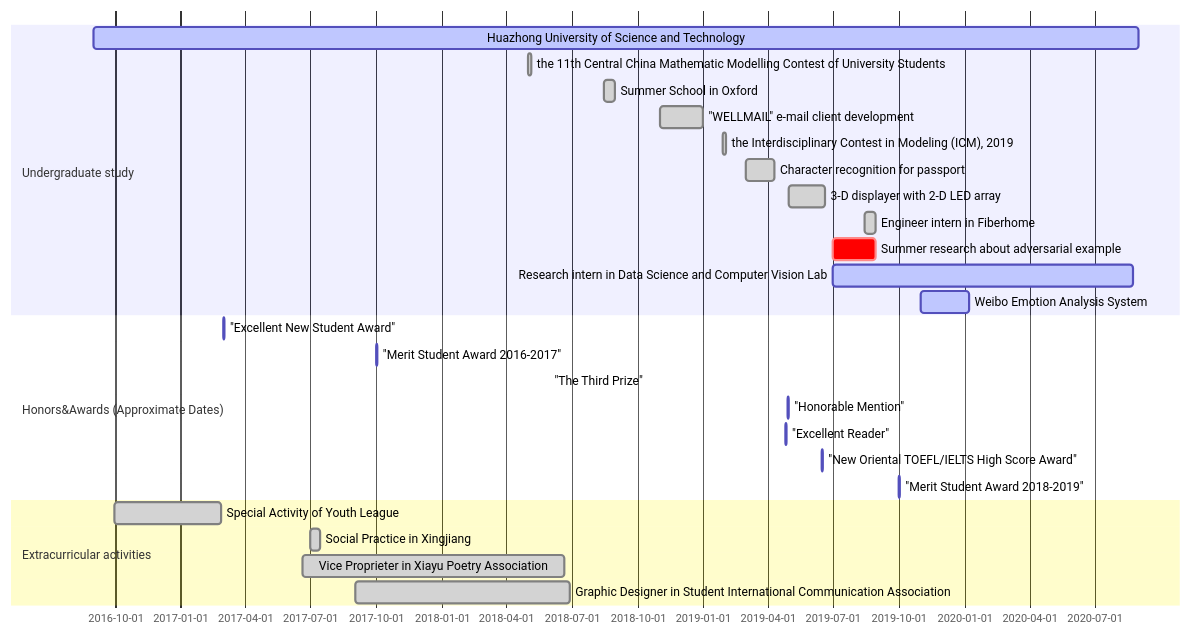
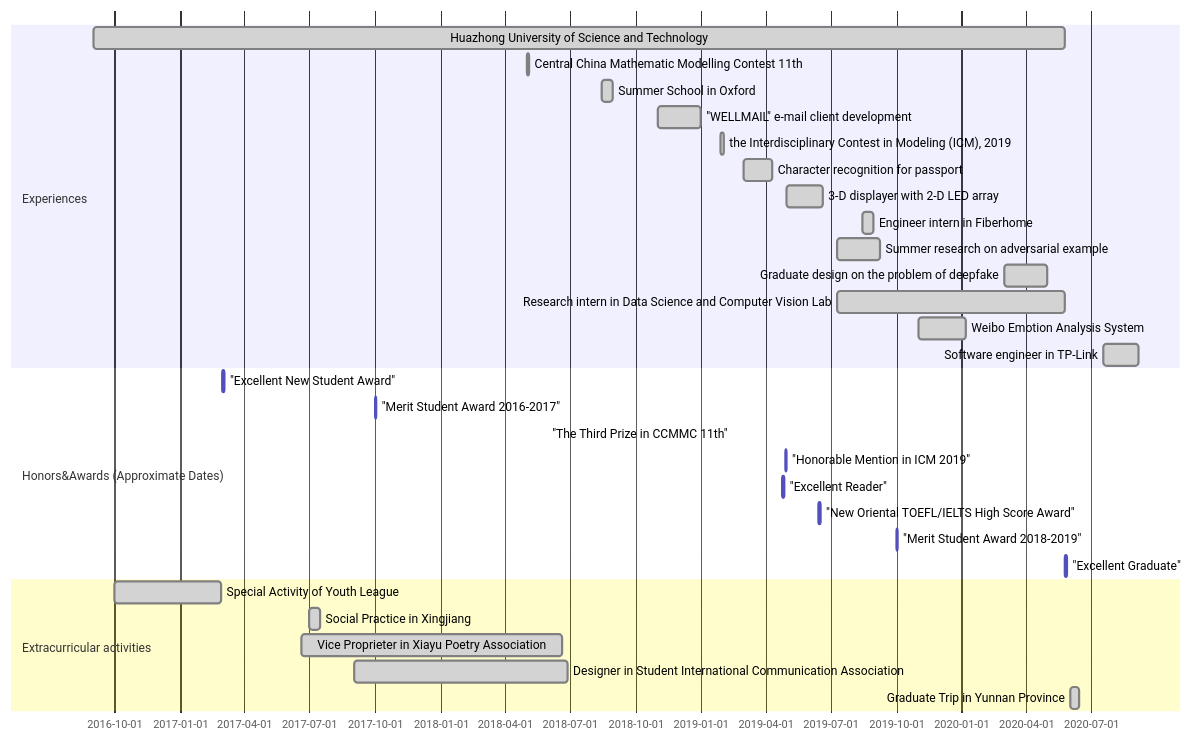
One commit to Greenere/Greenere.github.io changed the diagram in timeline.md. Above: the diagram before and after it, drawn with Mermaid. The commit also changed other lines of this file and 3 other files, not shown here.

````diff
--- a/timeline.md
+++ b/timeline.md
@@ -5,30 +7,34 @@
 ```mermaid
 gantt
-section Undergraduate study
-Huazhong University of Science and Technology :active,u1, 2016-09-01,1460d
-the 11th Central China Mathematic Modelling Contest of University Students:done, u2,2018-05-01,4d
-Summer School in Oxford:done, u3,2018-08-15,15d
+section Experiences
+Huazhong University of Science and Technology :done,u1, 2016-09-01,1362d
+Central China Mathematic Modelling Contest 11th:done, u2,2018-05-01,4d
+Summer School in Oxford:done,u3,2018-08-15,15d
 "WELLMAIL" e-mail client development:done, u4,2018-11,60d
 the Interdisciplinary Contest in Modeling (ICM), 2019:done,u5,2019-01-28,4d
 Character recognition for passport:done, u6,2019-03,40d
 3-D displayer with 2-D LED array:done,u7,2019-05,50d
 Engineer intern in Fiberhome: done,u9,2019-08-15,15d
-Summer research about adversarial example:crit,u8,2019-07,60d
-Research intern in Data Science and Computer Vision Lab: active,u10,2019-07,420d
-Weibo Emotion Analysis System: active,u11,2019-11,67d
+Summer research on adversarial example:done,u8,2019-07-10,60d
+Graduate design on the problem of deepfake:done,u9,2020-03,60d
+Research intern in Data Science and Computer Vision Lab: done,u10,2019-07-10,320d
+Weibo Emotion Analysis System: done,u11,2019-11,67d
+Software engineer in TP-Link: done,u12,2020-7-17,50d
 
 section Honors&Awards (Approximate Dates)
 "Excellent New Student Award": h1,2017-03,2d
 "Merit Student Award 2016-2017":h2,2017-10,2d
-"The Third Prize":h3,2018-05-30,2d after u2
-"Honorable Mention": h4,2019-04-29,2d
+"The Third Prize in CCMMC 11th":h3,2018-05-30,2d after u2
+"Honorable Mention in ICM 2019": h4,2019-04-29,2d
 "Excellent Reader": h5,2019-04-25,2d
 "New Oriental TOEFL/IELTS High Score Award":h6,2019-06-15,2d
 "Merit Student Award 2018-2019":h7,2019-10,2d
+"Excellent Graduate":h8,2020-5-25,2d
 
 section Extracurricular activities
 Special Activity of Youth League :done, e1,2016-09-30,150d
 Social Practice in Xingjiang:done, e2,2017-06-30,15d
 Vice Proprieter in Xiayu Poetry Association:done, e3,2017-06-20,365d
-Graphic Designer in Student International Communication Association:done,e4,2017-09,300d
+Designer in Student International Communication Association:done,e4,2017-09,300d
+Graduate Trip in Yunnan Province:done,e5,2020-06-01, 13d
 ```
````
